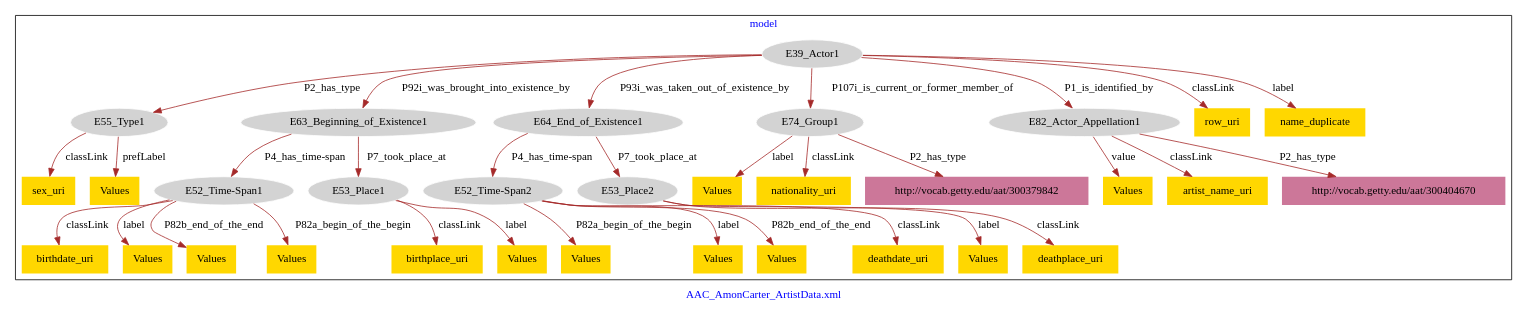
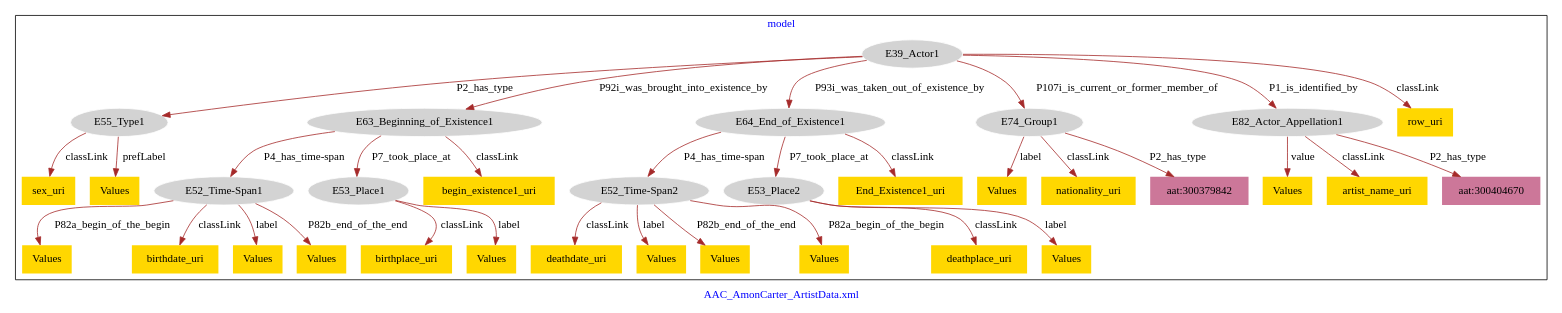
Before and after one commit to american-art/acm: the diagram in ArtistData/acm-artist-model.dot, drawn with Graphviz.

Commit message:
Update file acm-artist-model.dot

```diff
--- a/ArtistData/acm-artist-model.dot
+++ b/ArtistData/acm-artist-model.dot
@@ -1,71 +1,73 @@
 digraph n0 {
 fontcolor="blue"
 remincross="true"
 label="AAC_AmonCarter_ArtistData.xml"
 subgraph cluster {
 label="model"
 n2[style="filled",color="white",fillcolor="lightgray",label="E39_Actor1"];
 n3[style="filled",color="white",fillcolor="lightgray",label="E55_Type1"];
 n4[style="filled",color="white",fillcolor="lightgray",label="E63_Beginning_of_Existence1"];
 n5[style="filled",color="white",fillcolor="lightgray",label="E64_End_of_Existence1"];
 n6[style="filled",color="white",fillcolor="lightgray",label="E74_Group1"];
 n7[style="filled",color="white",fillcolor="lightgray",label="E82_Actor_Appellation1"];
 n8[style="filled",color="white",fillcolor="lightgray",label="E52_Time-Span1"];
 n9[style="filled",color="white",fillcolor="lightgray",label="E53_Place1"];
 n10[style="filled",color="white",fillcolor="lightgray",label="E52_Time-Span2"];
 n11[style="filled",color="white",fillcolor="lightgray",label="E53_Place2"];
-n12[shape="plaintext",style="filled",fillcolor="gold",label="birthplace_uri"];
-n13[shape="plaintext",style="filled",fillcolor="gold",label="Values"];
-n14[shape="plaintext",style="filled",fillcolor="gold",label="row_uri"];
+n12[shape="plaintext",style="filled",fillcolor="gold",label="deathdate_uri"];
+n13[shape="plaintext",style="filled",fillcolor="gold",label="deathplace_uri"];
+n14[shape="plaintext",style="filled",fillcolor="gold",label="birthplace_uri"];
 n15[shape="plaintext",style="filled",fillcolor="gold",label="Values"];
-n16[shape="plaintext",style="filled",fillcolor="gold",label="Values"];
-n17[shape="plaintext",style="filled",fillcolor="gold",label="birthdate_uri"];
-n18[shape="plaintext",style="filled",fillcolor="gold",label="Values"];
-n19[shape="plaintext",style="filled",fillcolor="gold",label="sex_uri"];
+n16[shape="plaintext",style="filled",fillcolor="gold",label="sex_uri"];
+n17[shape="plaintext",style="filled",fillcolor="gold",label="End_Existence1_uri"];
+n18[shape="plaintext",style="filled",fillcolor="gold",label="birthdate_uri"];
+n19[shape="plaintext",style="filled",fillcolor="gold",label="Values"];
 n20[shape="plaintext",style="filled",fillcolor="gold",label="Values"];
 n21[shape="plaintext",style="filled",fillcolor="gold",label="Values"];
 n22[shape="plaintext",style="filled",fillcolor="gold",label="Values"];
-n23[shape="plaintext",style="filled",fillcolor="gold",label="Values"];
+n23[shape="plaintext",style="filled",fillcolor="gold",label="artist_name_uri"];
 n24[shape="plaintext",style="filled",fillcolor="gold",label="Values"];
-n25[shape="plaintext",style="filled",fillcolor="gold",label="deathplace_uri"];
+n25[shape="plaintext",style="filled",fillcolor="gold",label="begin_existence1_uri"];
 n26[shape="plaintext",style="filled",fillcolor="gold",label="Values"];
-n27[shape="plaintext",style="filled",fillcolor="gold",label="Values"];
-n28[shape="plaintext",style="filled",fillcolor="gold",label="deathdate_uri"];
-n29[shape="plaintext",style="filled",fillcolor="gold",label="name_duplicate"];
+n27[shape="plaintext",style="filled",fillcolor="gold",label="row_uri"];
+n28[shape="plaintext",style="filled",fillcolor="gold",label="Values"];
+n29[shape="plaintext",style="filled",fillcolor="gold",label="Values"];
 n30[shape="plaintext",style="filled",fillcolor="gold",label="nationality_uri"];
-n31[shape="plaintext",style="filled",fillcolor="gold",label="artist_name_uri"];
-n32[shape="plaintext",style="filled",fillcolor="#CC7799",label="http://vocab.getty.edu/aat/300379842"];
-n33[shape="plaintext",style="filled",fillcolor="#CC7799",label="http://vocab.getty.edu/aat/300404670"];
+n31[shape="plaintext",style="filled",fillcolor="gold",label="Values"];
+n32[shape="plaintext",style="filled",fillcolor="gold",label="Values"];
+n33[shape="plaintext",style="filled",fillcolor="#CC7799",label="aat:300379842"];
+n34[shape="plaintext",style="filled",fillcolor="#CC7799",label="aat:300404670"];
 }
 n2 -> n3[color="brown",fontcolor="black",label="P2_has_type"]
 n2 -> n4[color="brown",fontcolor="black",label="P92i_was_brought_into_existence_by"]
 n2 -> n5[color="brown",fontcolor="black",label="P93i_was_taken_out_of_existence_by"]
 n2 -> n6[color="brown",fontcolor="black",label="P107i_is_current_or_former_member_of"]
 n2 -> n7[color="brown",fontcolor="black",label="P1_is_identified_by"]
 n4 -> n8[color="brown",fontcolor="black",label="P4_has_time-span"]
 n4 -> n9[color="brown",fontcolor="black",label="P7_took_place_at"]
 n5 -> n10[color="brown",fontcolor="black",label="P4_has_time-span"]
 n5 -> n11[color="brown",fontcolor="black",label="P7_took_place_at"]
-n9 -> n12[color="brown",fontcolor="black",label="classLink"]
-n10 -> n13[color="brown",fontcolor="black",label="P82a_begin_of_the_begin"]
-n2 -> n14[color="brown",fontcolor="black",label="classLink"]
-n7 -> n15[color="brown",fontcolor="black",label="value"]
-n10 -> n16[color="brown",fontcolor="black",label="label"]
-n8 -> n17[color="brown",fontcolor="black",label="classLink"]
-n8 -> n18[color="brown",fontcolor="black",label="label"]
-n3 -> n19[color="brown",fontcolor="black",label="classLink"]
-n3 -> n20[color="brown",fontcolor="black",label="prefLabel"]
-n6 -> n21[color="brown",fontcolor="black",label="label"]
-n10 -> n22[color="brown",fontcolor="black",label="P82b_end_of_the_end"]
-n11 -> n23[color="brown",fontcolor="black",label="label"]
+n10 -> n12[color="brown",fontcolor="black",label="classLink"]
+n11 -> n13[color="brown",fontcolor="black",label="classLink"]
+n9 -> n14[color="brown",fontcolor="black",label="classLink"]
+n8 -> n15[color="brown",fontcolor="black",label="P82a_begin_of_the_begin"]
+n3 -> n16[color="brown",fontcolor="black",label="classLink"]
+n5 -> n17[color="brown",fontcolor="black",label="classLink"]
+n8 -> n18[color="brown",fontcolor="black",label="classLink"]
+n7 -> n19[color="brown",fontcolor="black",label="value"]
+n10 -> n20[color="brown",fontcolor="black",label="label"]
+n8 -> n21[color="brown",fontcolor="black",label="label"]
+n11 -> n22[color="brown",fontcolor="black",label="label"]
+n7 -> n23[color="brown",fontcolor="black",label="classLink"]
 n8 -> n24[color="brown",fontcolor="black",label="P82b_end_of_the_end"]
-n11 -> n25[color="brown",fontcolor="black",label="classLink"]
-n8 -> n26[color="brown",fontcolor="black",label="P82a_begin_of_the_begin"]
-n9 -> n27[color="brown",fontcolor="black",label="label"]
-n10 -> n28[color="brown",fontcolor="black",label="classLink"]
-n2 -> n29[color="brown",fontcolor="black",label="label"]
+n4 -> n25[color="brown",fontcolor="black",label="classLink"]
+n3 -> n26[color="brown",fontcolor="black",label="prefLabel"]
+n2 -> n27[color="brown",fontcolor="black",label="classLink"]
+n6 -> n28[color="brown",fontcolor="black",label="label"]
+n10 -> n29[color="brown",fontcolor="black",label="P82b_end_of_the_end"]
 n6 -> n30[color="brown",fontcolor="black",label="classLink"]
-n7 -> n31[color="brown",fontcolor="black",label="classLink"]
-n6 -> n32[color="brown",fontcolor="black",label="P2_has_type"]
-n7 -> n33[color="brown",fontcolor="black",label="P2_has_type"]
+n10 -> n31[color="brown",fontcolor="black",label="P82a_begin_of_the_begin"]
+n9 -> n32[color="brown",fontcolor="black",label="label"]
+n6 -> n33[color="brown",fontcolor="black",label="P2_has_type"]
+n7 -> n34[color="brown",fontcolor="black",label="P2_has_type"]
 }
```
